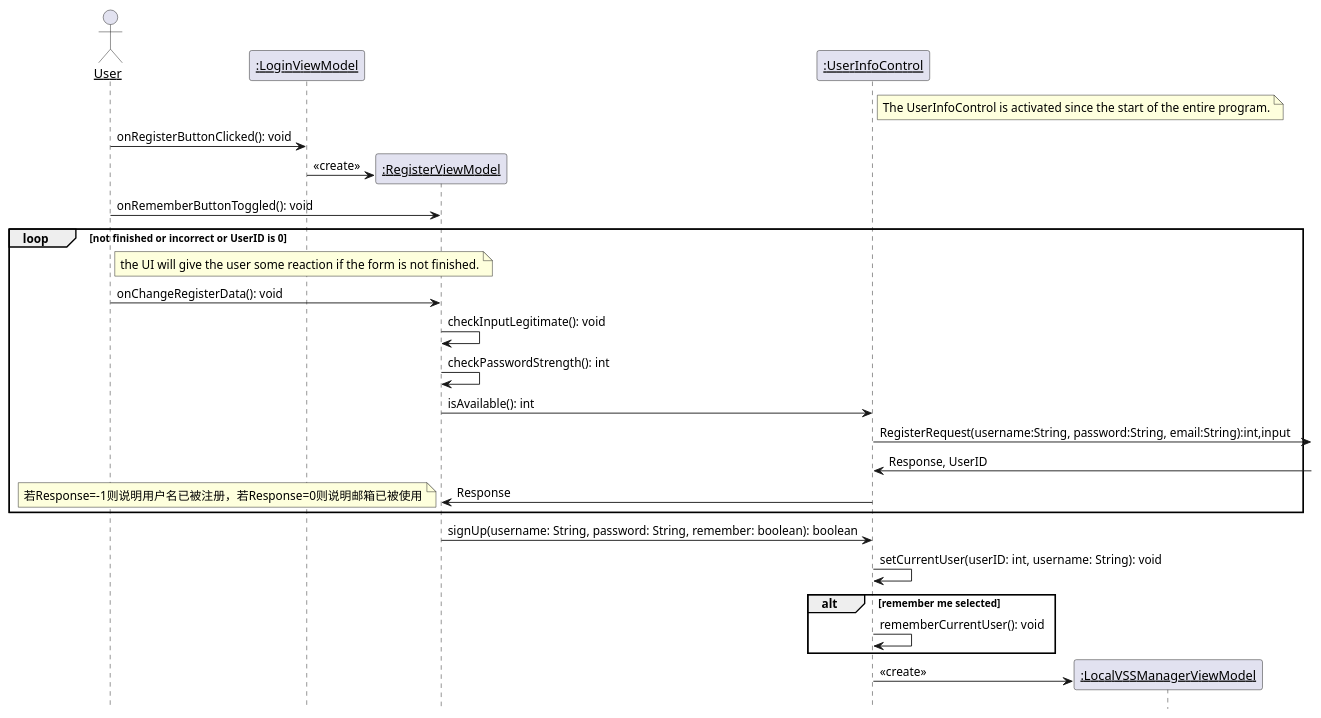
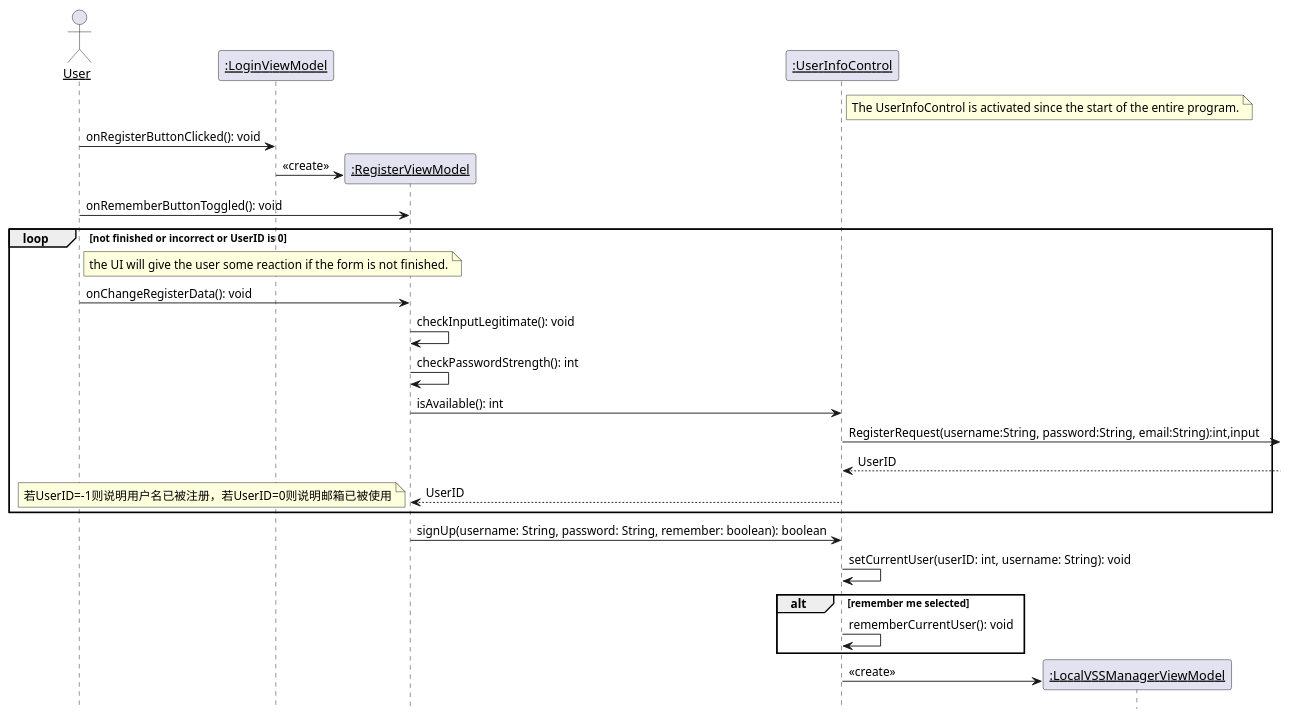
The second of 39 diagrams in 设计/顺序图.md (kpp19920121/doc), drawn with PlantUML before and after one commit. The commit also changed other lines of this file, not shown here.

Commit message:
更新了含服务器端部分的顺序图

````diff
--- a/设计/顺序图.md
+++ b/设计/顺序图.md
@@ -31,43 +31,43 @@
 ```PlantUML
 @startuml Diagrams/Register
 hide footbox
 skinparam sequenceParticipant underline
 
 actor User as user
 participant ":LoginViewModel" as loginpage
 participant ":RegisterViewModel" as boundary
 participant ":UserInfoControl" as control
 participant ":LocalVSSManagerViewModel" as nextpage
 
 note right of control: The UserInfoControl is activated since the start of the entire program.
 
 user -> loginpage: onRegisterButtonClicked(): void
 
 create boundary
 loginpage -> boundary: <<create>>
 
 user -> boundary: onRememberButtonToggled(): void
 loop not finished or incorrect or UserID is 0
     note right of user
         the UI will give the user some reaction if the form is not finished.
     end note
     user -> boundary: onChangeRegisterData(): void
     boundary -> boundary: checkInputLegitimate(): void
     boundary -> boundary: checkPasswordStrength(): int
     boundary -> control: isAvailable(): int
     control ->:RegisterRequest(username:String, password:String, email:String):int,input
-    control <-:Response, UserID
-    control->boundary:Response
-    note left:若Response=-1则说明用户名已被注册，若Response=0则说明邮箱已被使用
+    control <--:UserID
+    control-->boundary:UserID
+    note left:若UserID=-1则说明用户名已被注册，若UserID=0则说明邮箱已被使用
 end
 
 boundary -> control: signUp(username: String, password: String, remember: boolean): boolean
 
 control -> control: setCurrentUser(userID: int, username: String): void
 alt remember me selected
     control -> control: rememberCurrentUser(): void
 end
 create nextpage
 control -> nextpage: <<create>>
 @enduml
 ```
````
